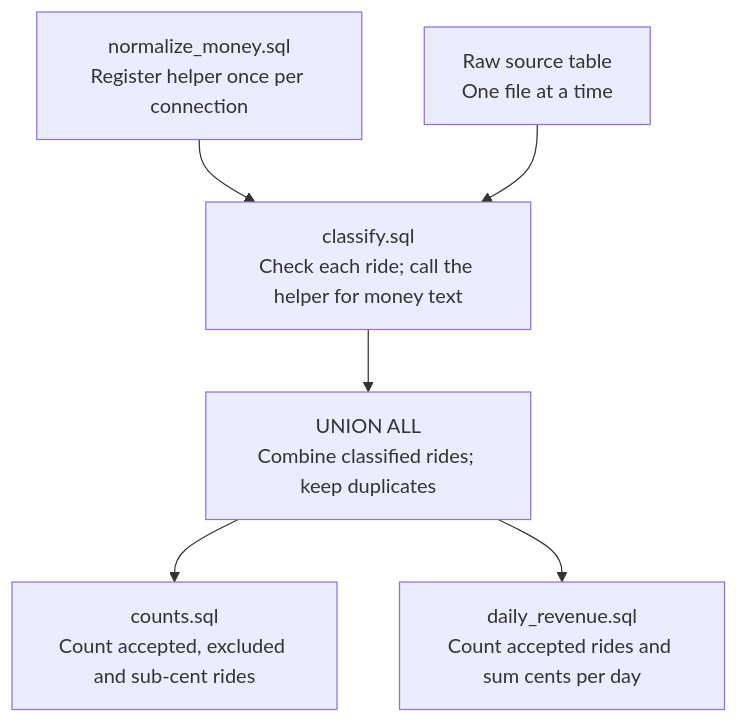
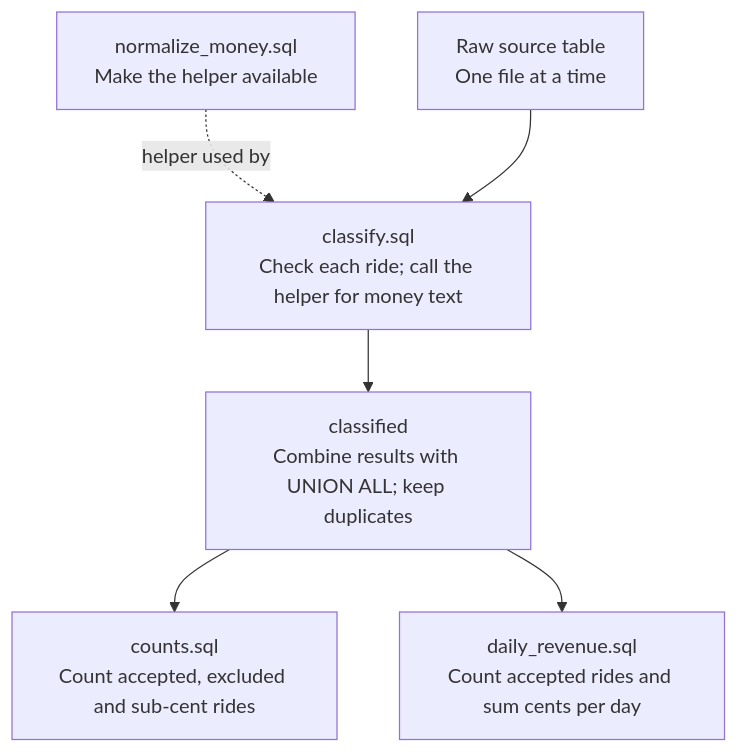
One commit to roy-nfisch/nyc-taxi-revenue-data-pipeline changed the diagram in docs/elt-sql.md. Above: the diagram before and after it, drawn with Mermaid. The commit also changed other lines of this file and 23 other files, not shown here.

````diff
--- a/docs/elt-sql.md
+++ b/docs/elt-sql.md
@@ -23,10 +24,10 @@
 ```mermaid
 flowchart TD
-    A["normalize_money.sql<br/>Register helper once per connection"] --> C
+    A["normalize_money.sql<br/>Make the helper available"] -.->|helper used by| C
     B["Raw source table<br/>One file at a time"] --> C
     C["classify.sql<br/>Check each ride; call the helper for money text"] --> D
-    D["UNION ALL<br/>Combine classified rides; keep duplicates"] --> E
+    D["classified<br/>Combine results with UNION ALL; keep duplicates"] --> E
     D --> F
     E["counts.sql<br/>Count accepted, excluded and sub-cent rides"]
     F["daily_revenue.sql<br/>Count accepted rides and sum cents per day"]
 ```
````
